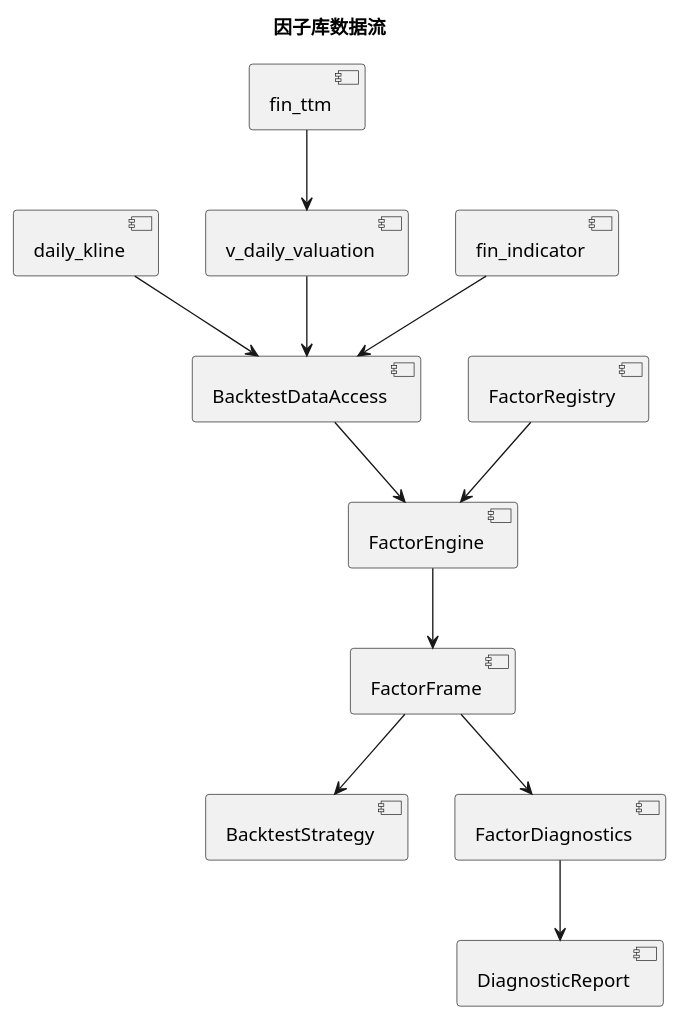
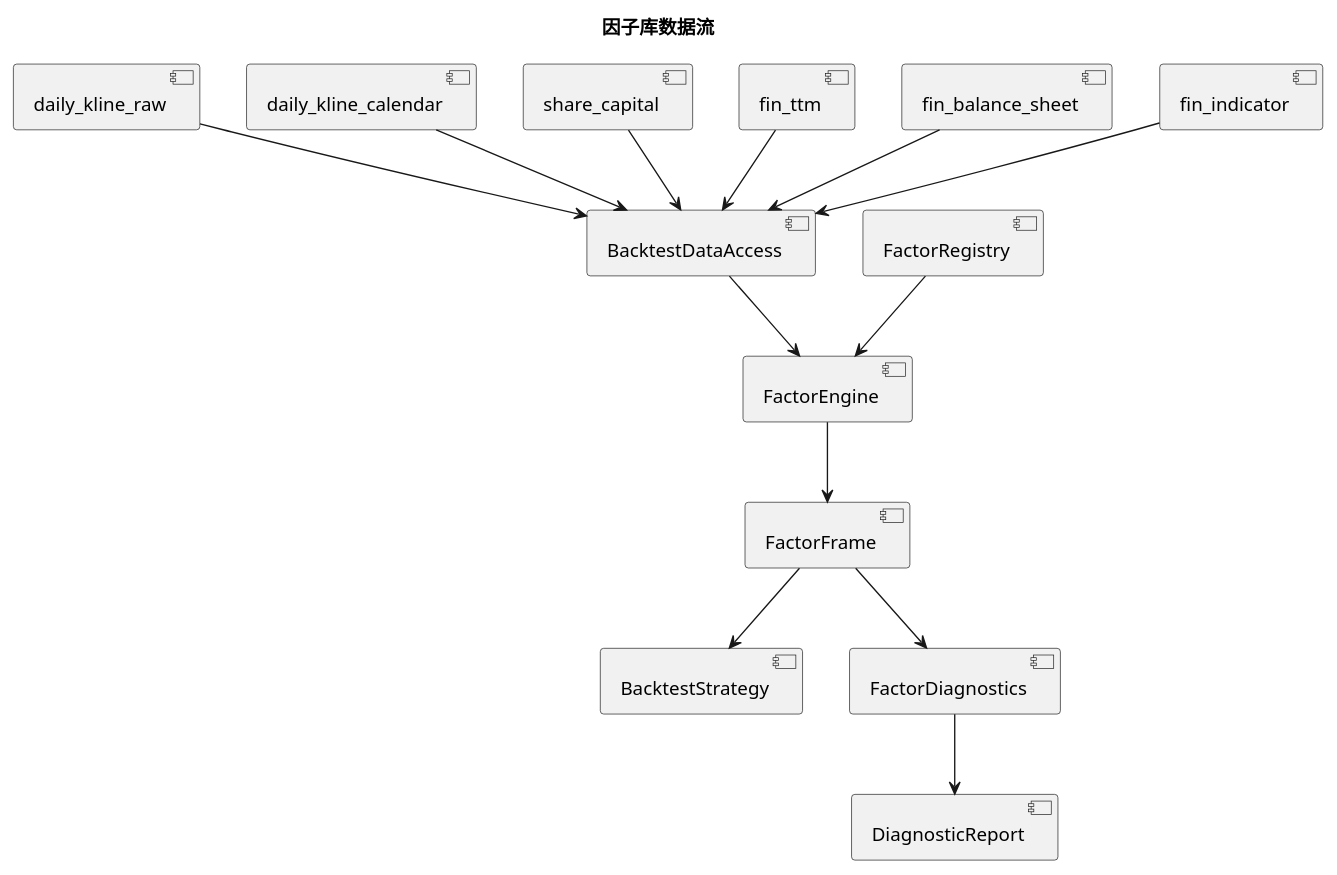
One commit to hrzzzrh/QuantPyLab changed the diagram in docs/factor_library.md. Above: the diagram before and after it, drawn with PlantUML. The commit also changed other lines of this file and 29 other files, not shown here.

````diff
--- a/docs/factor_library.md
+++ b/docs/factor_library.md
@@ -9,17 +9,19 @@
 ```plantuml
 @startuml
 skinparam componentStyle uml2
 title 因子库数据流
 
-[daily_kline] --> [BacktestDataAccess]
-[fin_ttm] --> [v_daily_valuation]
+[daily_kline_raw] --> [BacktestDataAccess]
+[daily_kline_calendar] --> [BacktestDataAccess]
+[share_capital] --> [BacktestDataAccess]
+[fin_ttm] --> [BacktestDataAccess]
+[fin_balance_sheet] --> [BacktestDataAccess]
 [fin_indicator] --> [BacktestDataAccess]
-[v_daily_valuation] --> [BacktestDataAccess]
 [BacktestDataAccess] --> [FactorEngine]
 [FactorRegistry] --> [FactorEngine]
 [FactorEngine] --> [FactorFrame]
 [FactorFrame] --> [BacktestStrategy]
 [FactorFrame] --> [FactorDiagnostics]
 [FactorDiagnostics] --> [DiagnosticReport]
 @enduml
 ```
````
